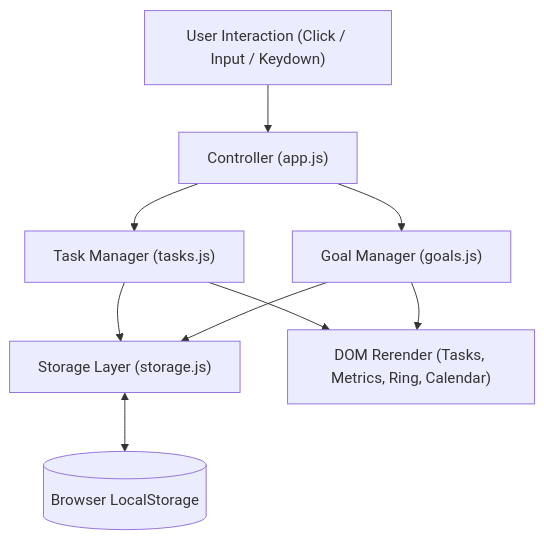
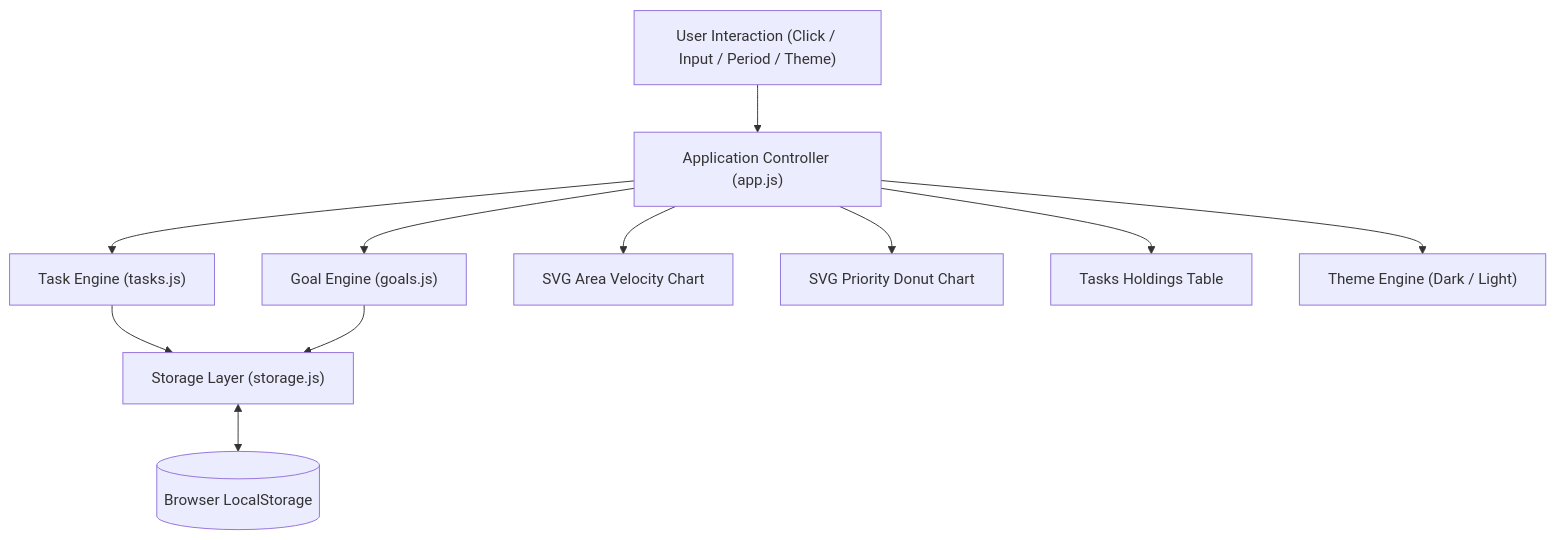
The diagram in README.md (sksameera321/personal-productivity-dashboard), drawn with Mermaid before and after one commit. The commit also changed other lines of this file, not shown here.

Commit message:
Update documentation with Capitalio design reference and architecture

````diff
--- a/README.md
+++ b/README.md
@@ -101,11 +111,13 @@
 ```mermaid
 flowchart TD
-    User["User Interaction (Click / Input / Keydown)"] --> Controller["Controller (app.js)"]
-    Controller --> TaskModule["Task Manager (tasks.js)"]
-    Controller --> GoalModule["Goal Manager (goals.js)"]
-    TaskModule --> StorageModule["Storage Layer (storage.js)"]
-    GoalModule --> StorageModule
-    StorageModule <--> LocalStorage[("Browser LocalStorage")]
-    TaskModule --> UI["DOM Rerender (Tasks, Metrics, Ring, Calendar)"]
-    GoalModule --> UI
+    User["User Interaction (Click / Input / Period / Theme)"] --> App["Application Controller (app.js)"]
+    App --> TaskEngine["Task Engine (tasks.js)"]
+    App --> GoalEngine["Goal Engine (goals.js)"]
+    TaskEngine --> StorageLayer["Storage Layer (storage.js)"]
+    GoalEngine --> StorageLayer
+    StorageLayer <--> LocalStorage[("Browser LocalStorage")]
+    App --> AreaChart["SVG Area Velocity Chart"]
+    App --> DonutChart["SVG Priority Donut Chart"]
+    App --> TableView["Tasks Holdings Table"]
+    App --> Theme["Theme Engine (Dark / Light)"]
 ```
````
